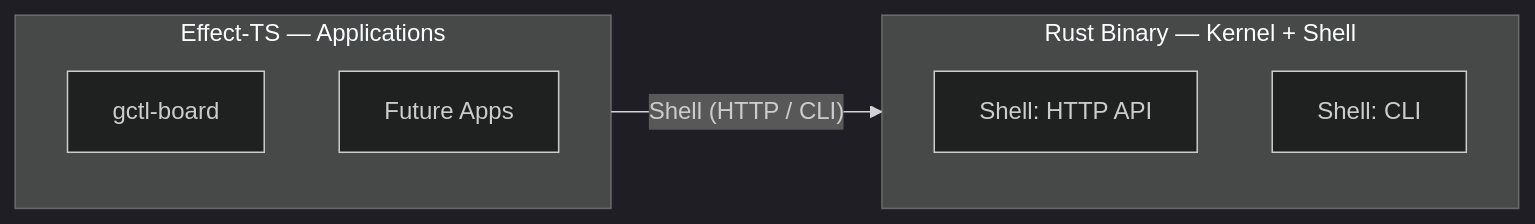
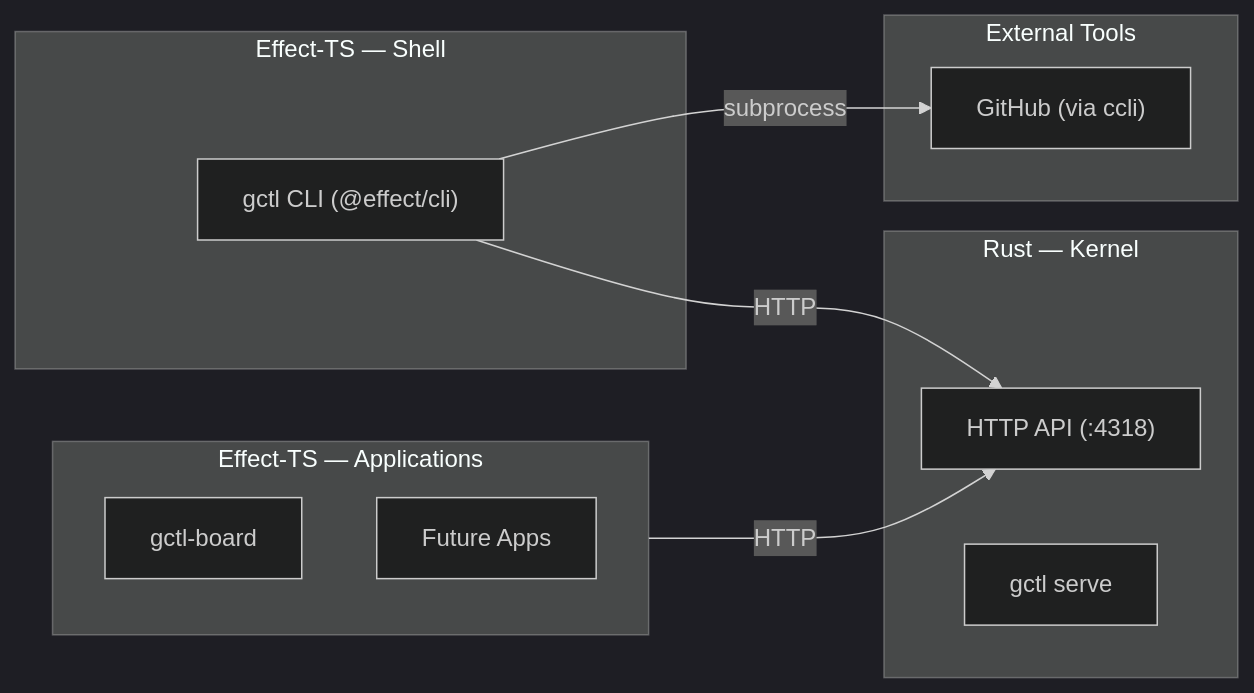
One commit to OpenHackersClub/gctrl changed the diagram in specs/implementation/apps/components.md. Above: the diagram before and after it, drawn with Mermaid (dark theme). The commit also changed other lines of this file and 163 other files, not shown here.

````diff
--- a/specs/implementation/apps/components.md
+++ b/specs/implementation/apps/components.md
@@ -13,14 +13,24 @@
 ```mermaid
 graph LR
-    subgraph TS["Effect-TS — Applications"]
+    subgraph Apps["Effect-TS — Applications"]
         Board["gctl-board"]
         FutureApps["Future Apps"]
     end
 
-    subgraph Rust["Rust Binary — Kernel + Shell"]
-        API["Shell: HTTP API"]
-        CLI["Shell: CLI"]
+    subgraph Shell["Effect-TS — Shell"]
+        CLI["gctl CLI (@effect/cli)"]
     end
 
-    TS -->|"Shell (HTTP / CLI)"| Rust
+    subgraph Kernel["Rust — Kernel"]
+        API["HTTP API (:4318)"]
+        Daemon["gctl serve"]
+    end
+
+    subgraph External["External Tools"]
+        GitHub["GitHub (via ccli)"]
+    end
+
+    Apps -->|"HTTP"| API
+    CLI -->|"HTTP"| API
+    CLI -->|"subprocess"| GitHub
 ```
````
